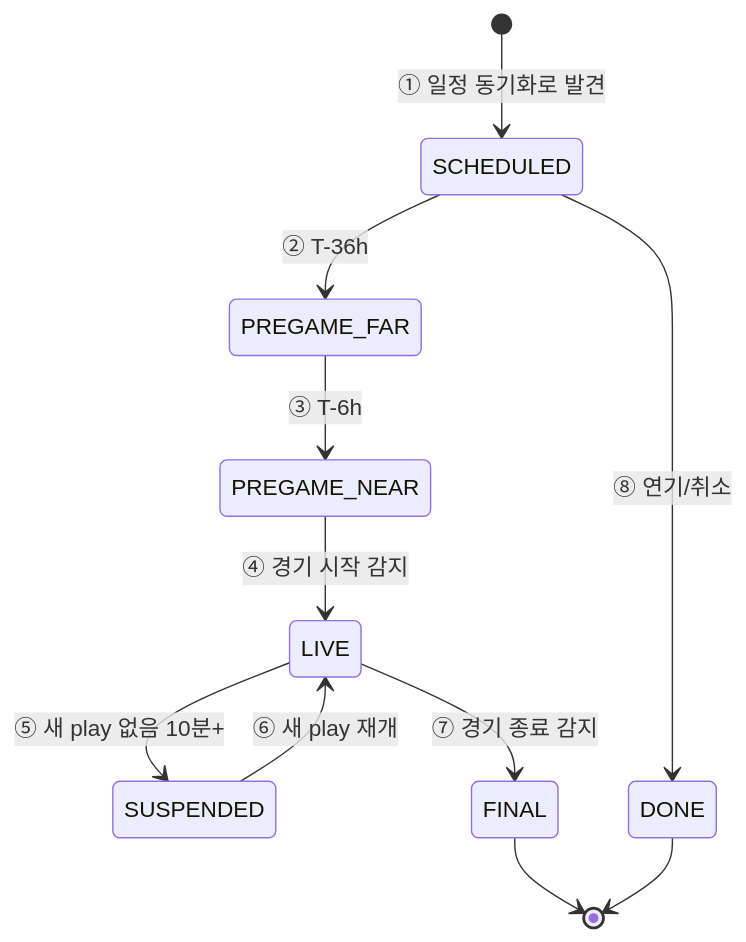
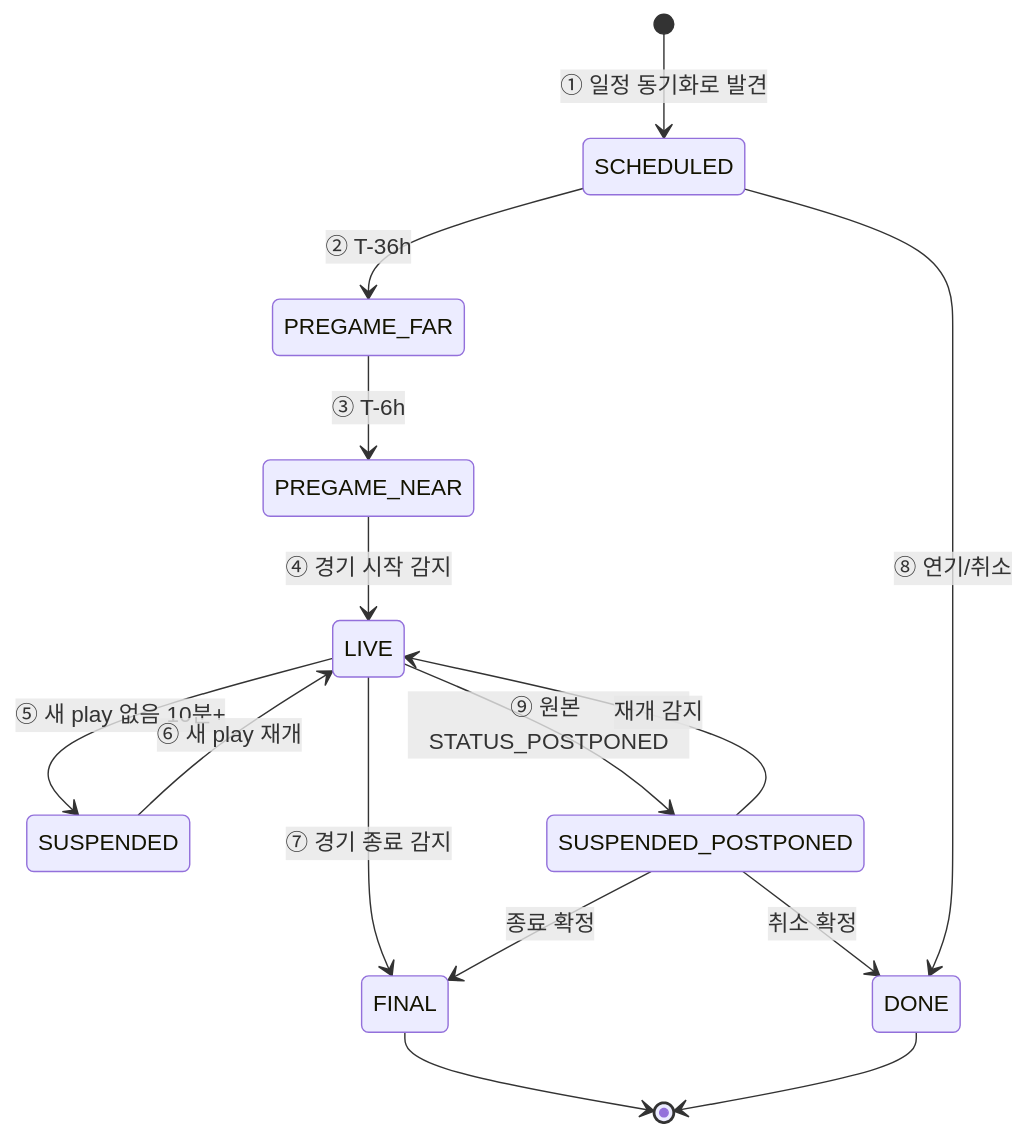
The second of 5 diagrams in docs/ARCHITECTURE_AND_DATA_FLOW.md (team-pulse-mlb/pulse-project), drawn with Mermaid before and after one commit. The commit also changed other lines of this file and 11 other files, not shown here.

````diff
--- a/docs/ARCHITECTURE_AND_DATA_FLOW.md
+++ b/docs/ARCHITECTURE_AND_DATA_FLOW.md
@@ -66,13 +71,17 @@
 ```mermaid
 stateDiagram-v2
     [*] --> SCHEDULED: ① 일정 동기화로 발견
     SCHEDULED --> PREGAME_FAR: ② T-36h
     PREGAME_FAR --> PREGAME_NEAR: ③ T-6h
     PREGAME_NEAR --> LIVE: ④ 경기 시작 감지
     LIVE --> SUSPENDED: ⑤ 새 play 없음 10분+
     SUSPENDED --> LIVE: ⑥ 새 play 재개
     LIVE --> FINAL: ⑦ 경기 종료 감지
+    LIVE --> SUSPENDED_POSTPONED: ⑨ 원본 STATUS_POSTPONED
+    SUSPENDED_POSTPONED --> LIVE: 재개 감지
+    SUSPENDED_POSTPONED --> FINAL: 종료 확정
+    SUSPENDED_POSTPONED --> DONE: 취소 확정
     SCHEDULED --> DONE: ⑧ 연기/취소
     FINAL --> [*]
     DONE --> [*]
 ```
````
